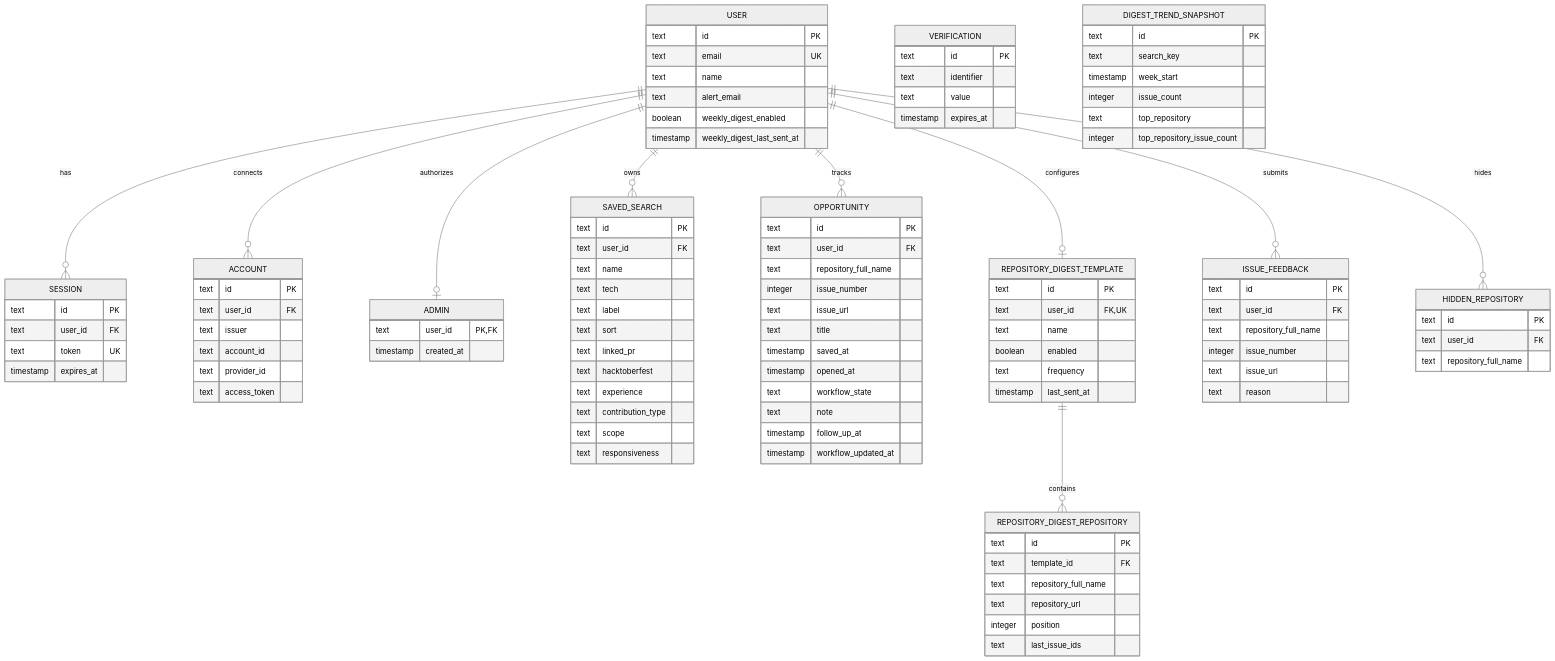
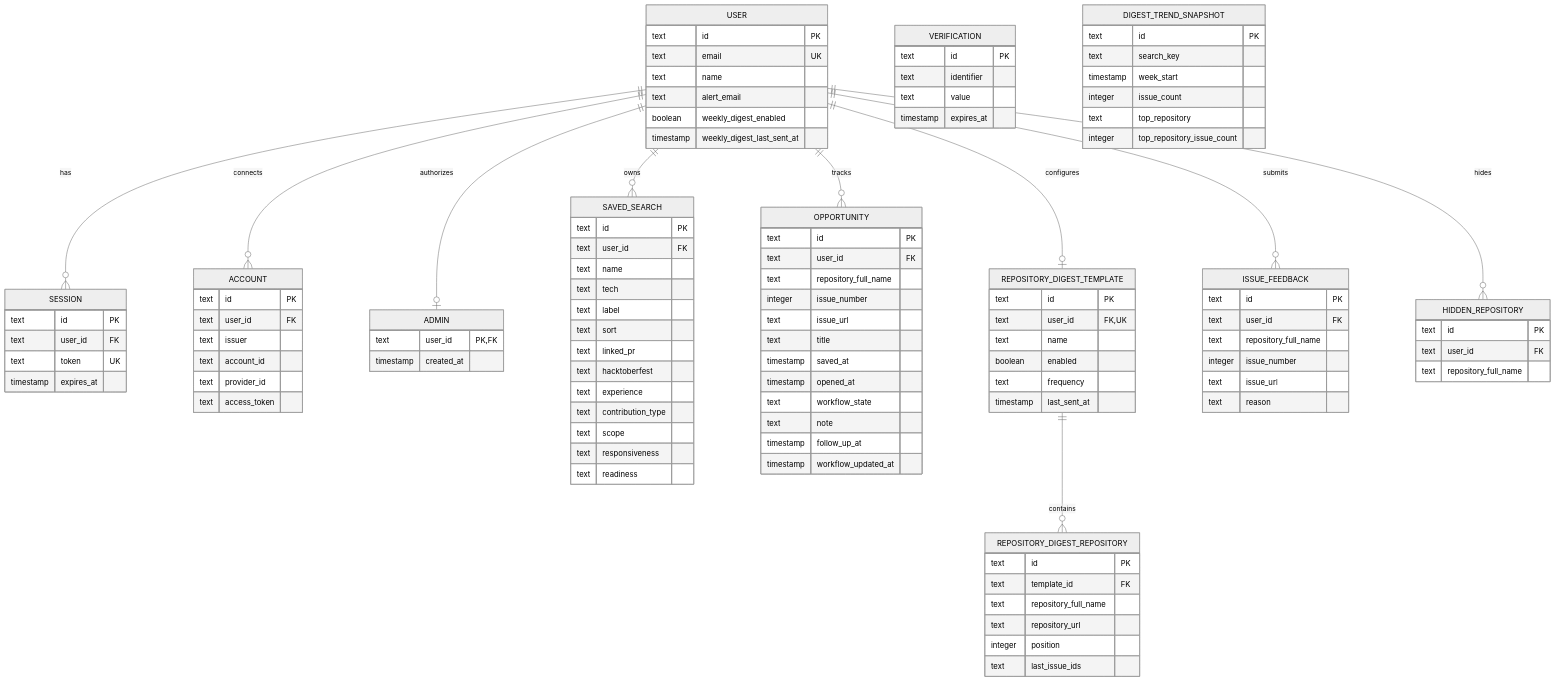
Before and after one commit to arnabnandy7/openissue.dev: the second of 2 diagrams in doc/architecture.md, drawn with Mermaid (neutral theme). The commit also changed other lines of this file and 22 other files, not shown here.

```diff
--- a/doc/architecture.md
+++ b/doc/architecture.md
@@ -249,6 +260,7 @@
     text contribution_type
     text scope
     text responsiveness
+    text readiness
   }
 
   OPPORTUNITY {
```
